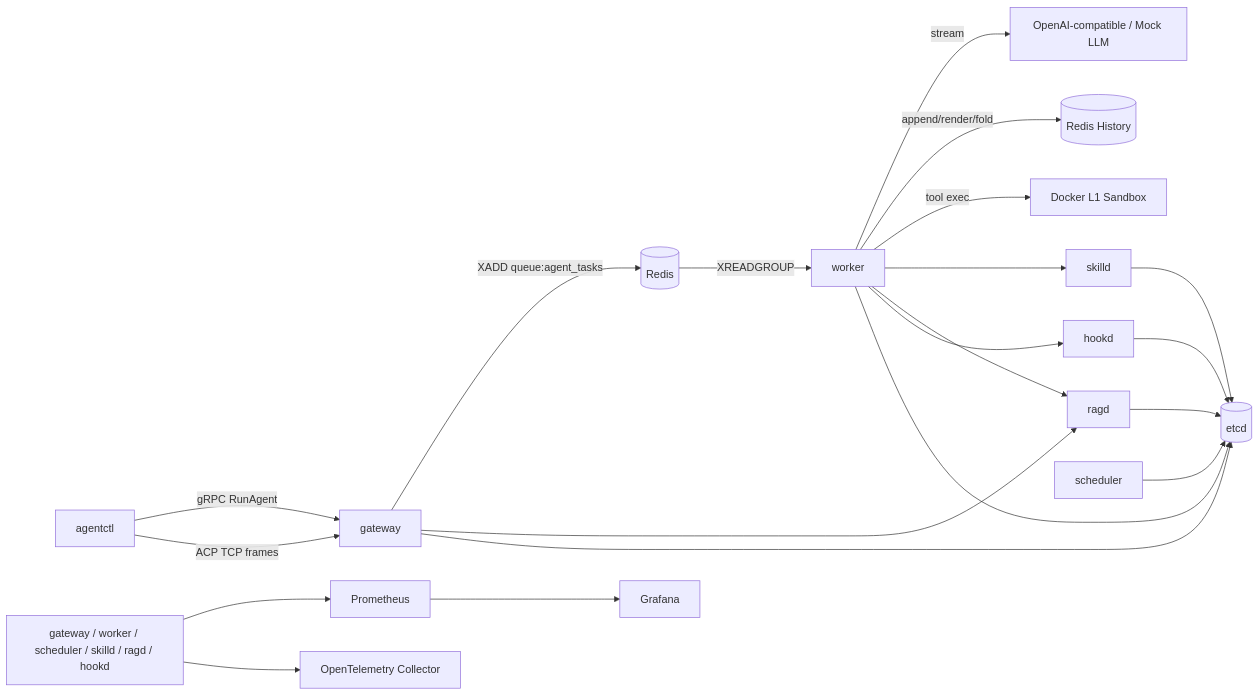
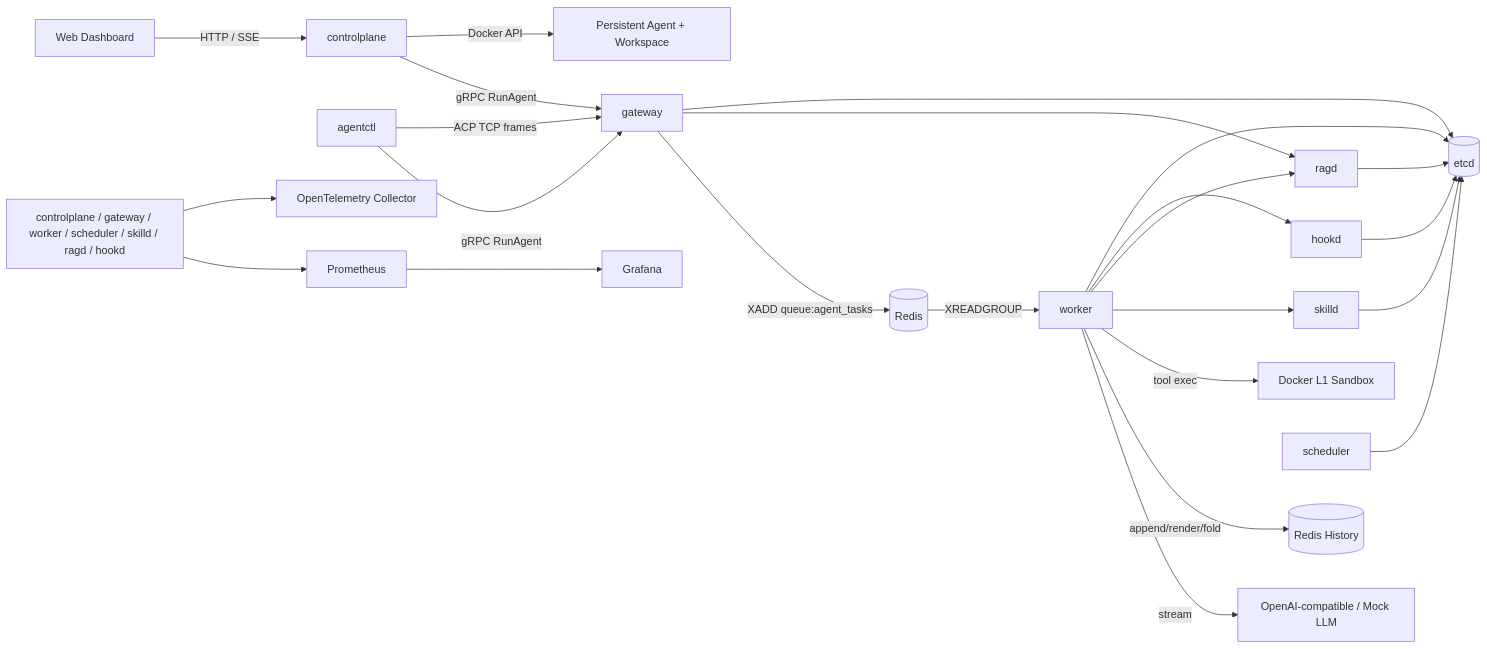
The diagram in PROJECT_DESIGN.md (wzhnbsixsixsix/AI-Agent-Cloud-Runtime), drawn with Mermaid before and after one commit. The commit also changed other lines of this file and 12 other files, not shown here.

````diff
--- a/PROJECT_DESIGN.md
+++ b/PROJECT_DESIGN.md
@@ -34,23 +35,26 @@
 ```mermaid
 flowchart LR
+  Browser[Web Dashboard] -->|HTTP / SSE| ControlPlane[controlplane]
+  ControlPlane -->|gRPC RunAgent| Gateway
+  ControlPlane -->|Docker API| PersistentAgent[Persistent Agent + Workspace]
   Agentctl[agentctl] -->|gRPC RunAgent| Gateway[gateway]
   Agentctl -->|ACP TCP frames| Gateway
   Gateway -->|XADD queue:agent_tasks| Redis[(Redis)]
   Redis -->|XREADGROUP| Worker[worker]
   Worker -->|stream| LLM[OpenAI-compatible / Mock LLM]
   Worker -->|append/render/fold| History[(Redis History)]
   Worker -->|tool exec| Sandbox[Docker L1 Sandbox]
   Worker --> Skilld[skilld]
   Worker --> Ragd[ragd]
   Worker --> Hookd[hookd]
   Gateway --> Ragd
   Scheduler[scheduler] --> Etcd[(etcd)]
   Skilld --> Etcd
   Ragd --> Etcd
   Hookd --> Etcd
   Worker --> Etcd
   Gateway --> Etcd
-  Services[gateway / worker / scheduler / skilld / ragd / hookd] --> Prom[Prometheus]
+  Services[controlplane / gateway / worker / scheduler / skilld / ragd / hookd] --> Prom[Prometheus]
   Services --> OTel[OpenTelemetry Collector]
   Prom --> Grafana[Grafana]
 ```
````
